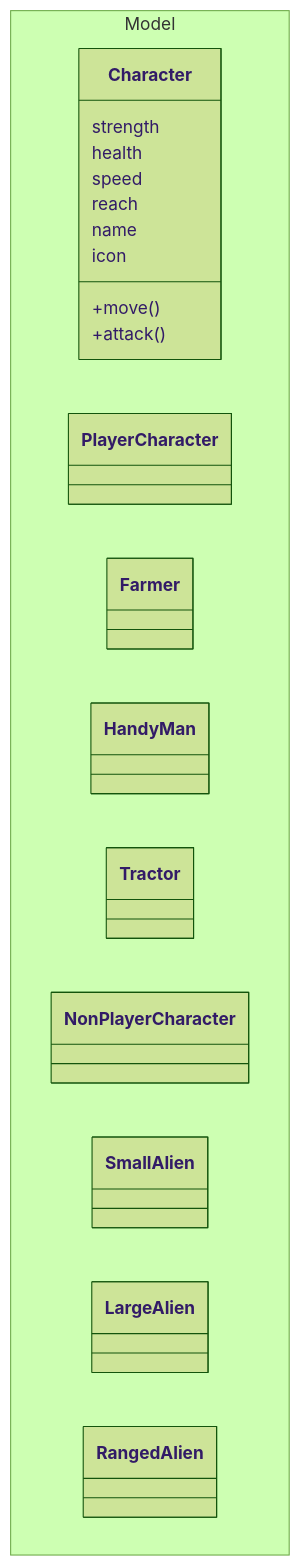
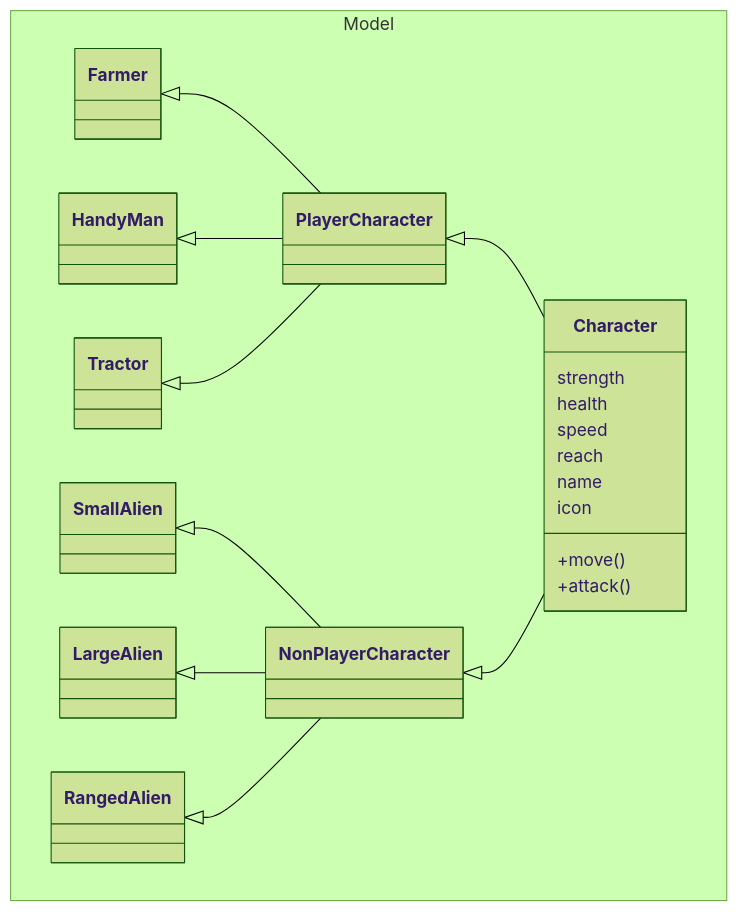
Before and after one commit to SFML/cmake-sfml-project: the diagram in README.md, drawn with Mermaid (forest theme). The commit also changed other lines of this file, not shown here.

````diff
--- a/README.md
+++ b/README.md
@@ -6,27 +26,36 @@
 ```mermaid
 classDiagram
 namespace Model {
     class Character {
         strength
         health
         speed
         reach
         name
         icon
         +move()
         +attack()
     }
     class PlayerCharacter {
     }
     class Farmer
     class HandyMan
     class Tractor
     class NonPlayerCharacter {
 
     }
     class SmallAlien
     class LargeAlien
     class RangedAlien
 
 }
+
+    PlayerCharacter <|-- Character
+    NonPlayerCharacter <|-- Character
+    Farmer <|-- PlayerCharacter
+    HandyMan <|-- PlayerCharacter
+    Tractor <|-- PlayerCharacter
+    SmallAlien <|-- NonPlayerCharacter
+    LargeAlien <|-- NonPlayerCharacter
+    RangedAlien <|-- NonPlayerCharacter
 ```
````
